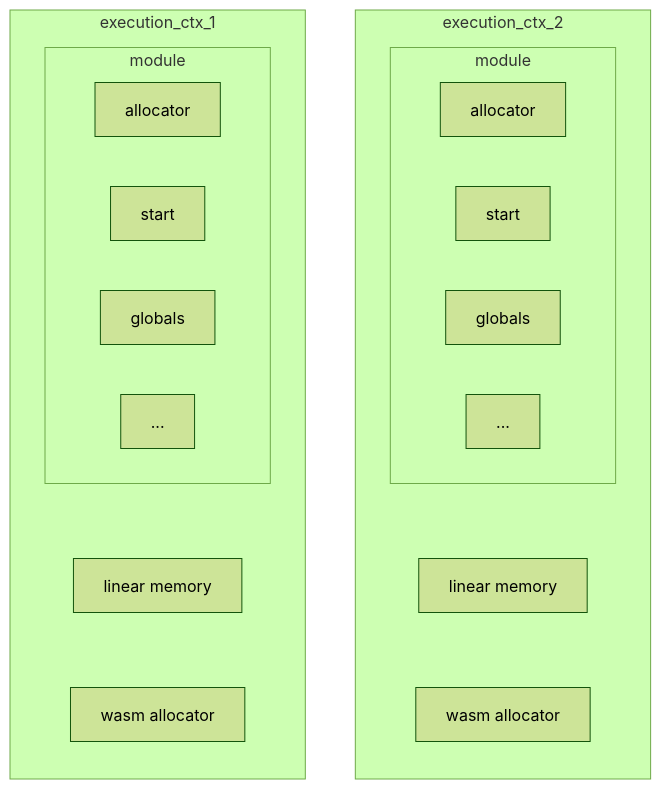
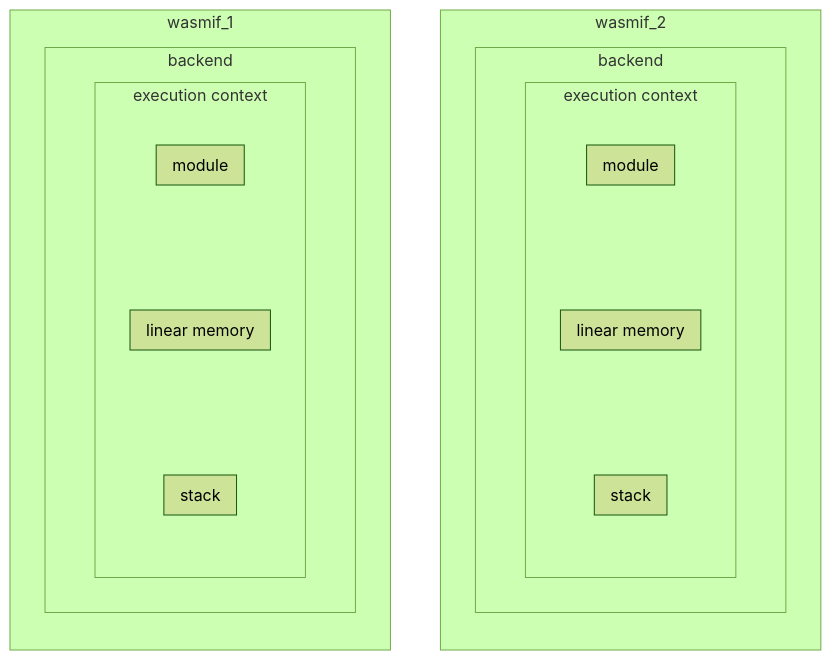
The seventh of 9 diagrams in transactions/read-only/memory.md (eosnetworkfoundation/product), drawn with Mermaid (forest theme) before and after one commit. The commit also changed other lines of this file, not shown here.

````diff
--- a/transactions/read-only/memory.md
+++ b/transactions/read-only/memory.md
@@ -26,28 +162,38 @@
 ```mermaid
 flowchart LR
-    subgraph execution_ctx_1
-       direction TB
-       subgraph module1[module]
-         allocator
-         start
-         globals
-         others["..."]
-       end
-       module1 ~~~ LM[linear memory]
-       LM ~~~ WA[wasm allocator]
-    end
+   subgraph wasmif_1
+      subgraph backend_1[backend]
+         subgraph execution_ctx_1[execution context]
+            direction TB
+            subgraph module1[module]
+            end
+            subgraph LM1[linear memory]
+            end
+            subgraph Stack1[stack]
+            end
+            module1 ~~~ LM1
+            LM1 ~~~ Stack1
+         end
+      end
+   end
 
-    subgraph execution_ctx_2
-       direction TB
-       subgraph module2[module]
-         allocator2[allocator]
-         start2[start]
-         globals2[globals]
-         others2["..."]
-       end
-       module2 ~~~ LM2[linear memory]
-       LM2 ~~~ WA2[wasm allocator]
-    end
+   subgraph wasmif_2
+      subgraph backend_2[backend]
+         subgraph execution_ctx_2[execution context]
+            direction TB
+            subgraph module2[module]
+            end
+            subgraph LM2[linear memory]
+            end
+            subgraph Stack2[stack]
+            end
+            module2 ~~~ LM2
+            LM2 ~~~ Stack2
 
-    execution_ctx_1 ~~~ execution_ctx_2
+         end
+      end
+   end
+   
+   wasmif_1 ~~~ wasmif_2
+
 ```
````
